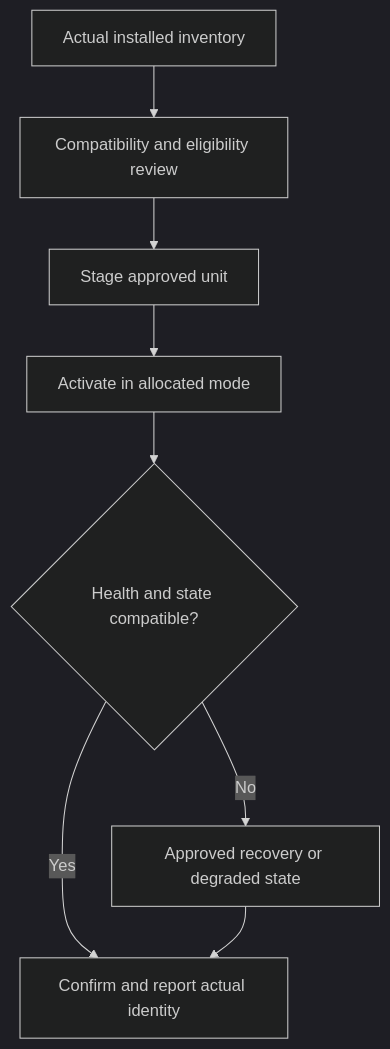
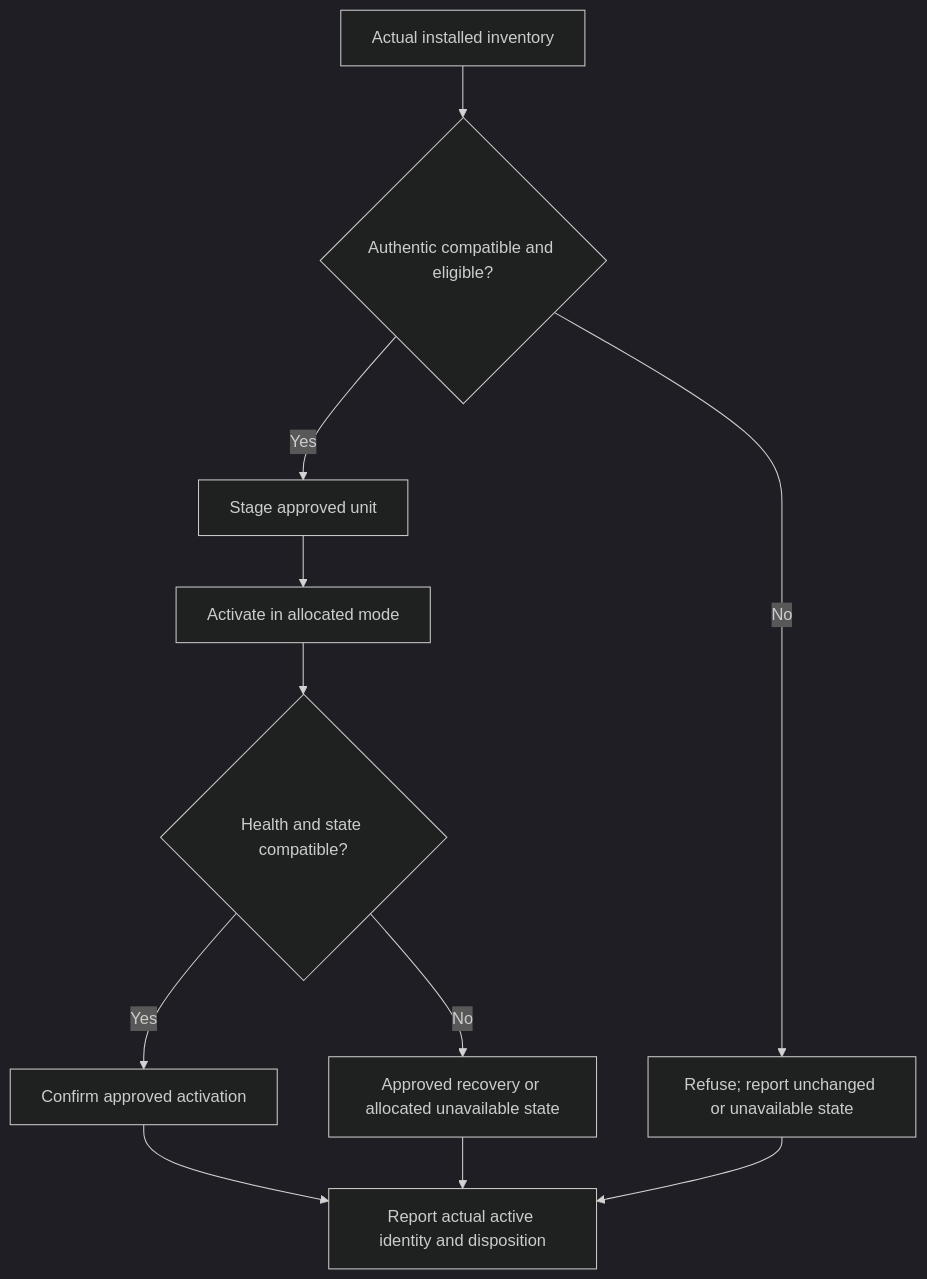
One commit to susmithmrm/ZARC changed the diagram in docs/architecture/diagrams/D18.mmd. Above: the diagram before and after it, drawn with Mermaid (dark theme). The commit also changed 10 other files, not shown here.

Commit message:
Synchronize lifecycle diagrams and public design-phase pages with Z12

```diff
--- a/docs/architecture/diagrams/D18.mmd
+++ b/docs/architecture/diagrams/D18.mmd
@@ -1,8 +1,11 @@
 flowchart TD
-  I[Actual installed inventory] --> C[Compatibility and eligibility review]
-  C --> S[Stage approved unit]
+  I[Actual installed inventory] --> C{Authentic compatible and eligible?}
+  C -->|No| J[Refuse; report unchanged or unavailable state]
+  C -->|Yes| S[Stage approved unit]
   S --> A[Activate in allocated mode]
   A --> H{Health and state compatible?}
-  H -->|Yes| F[Confirm and report actual identity]
-  H -->|No| R[Approved recovery or degraded state]
-  R --> F
+  H -->|Yes| F[Confirm approved activation]
+  H -->|No| R[Approved recovery or allocated unavailable state]
+  F --> O[Report actual active identity and disposition]
+  R --> O
+  J --> O
```
